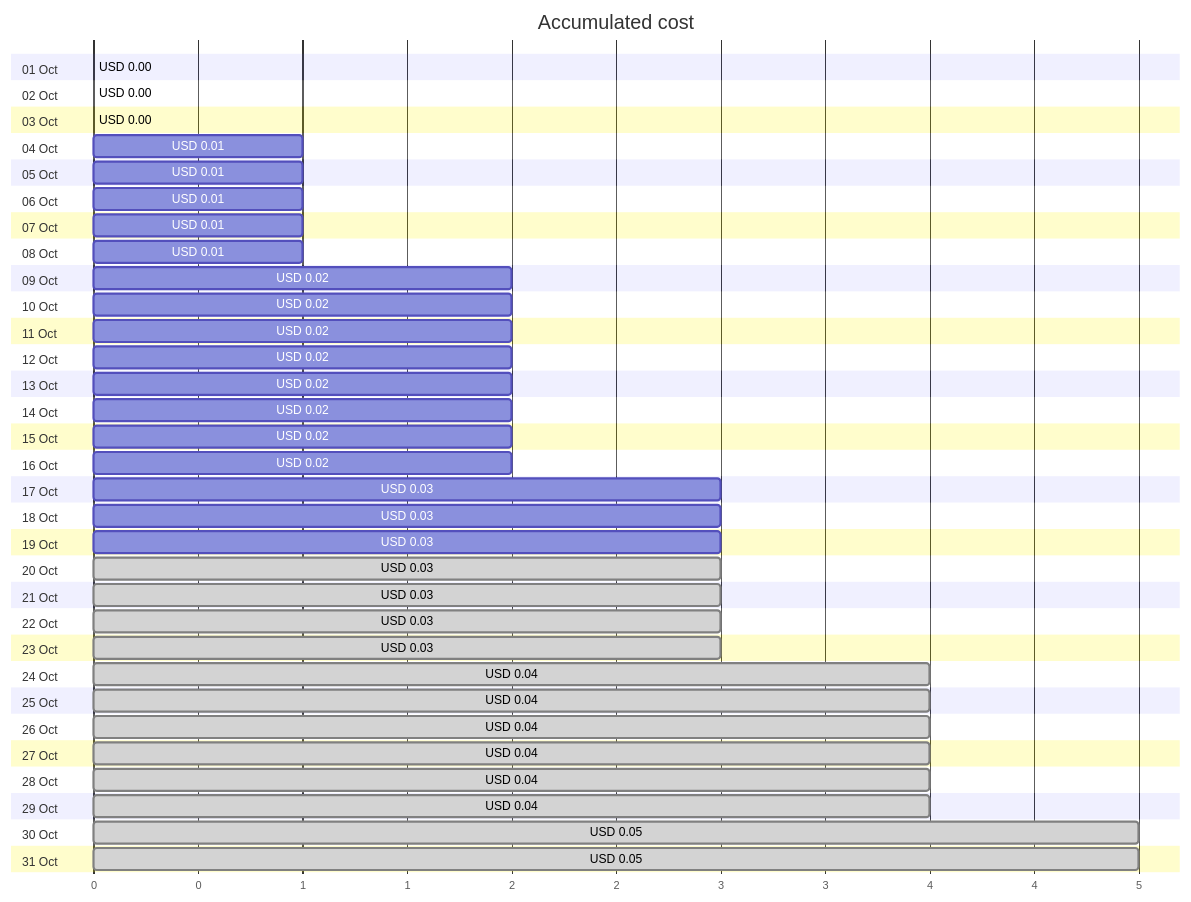
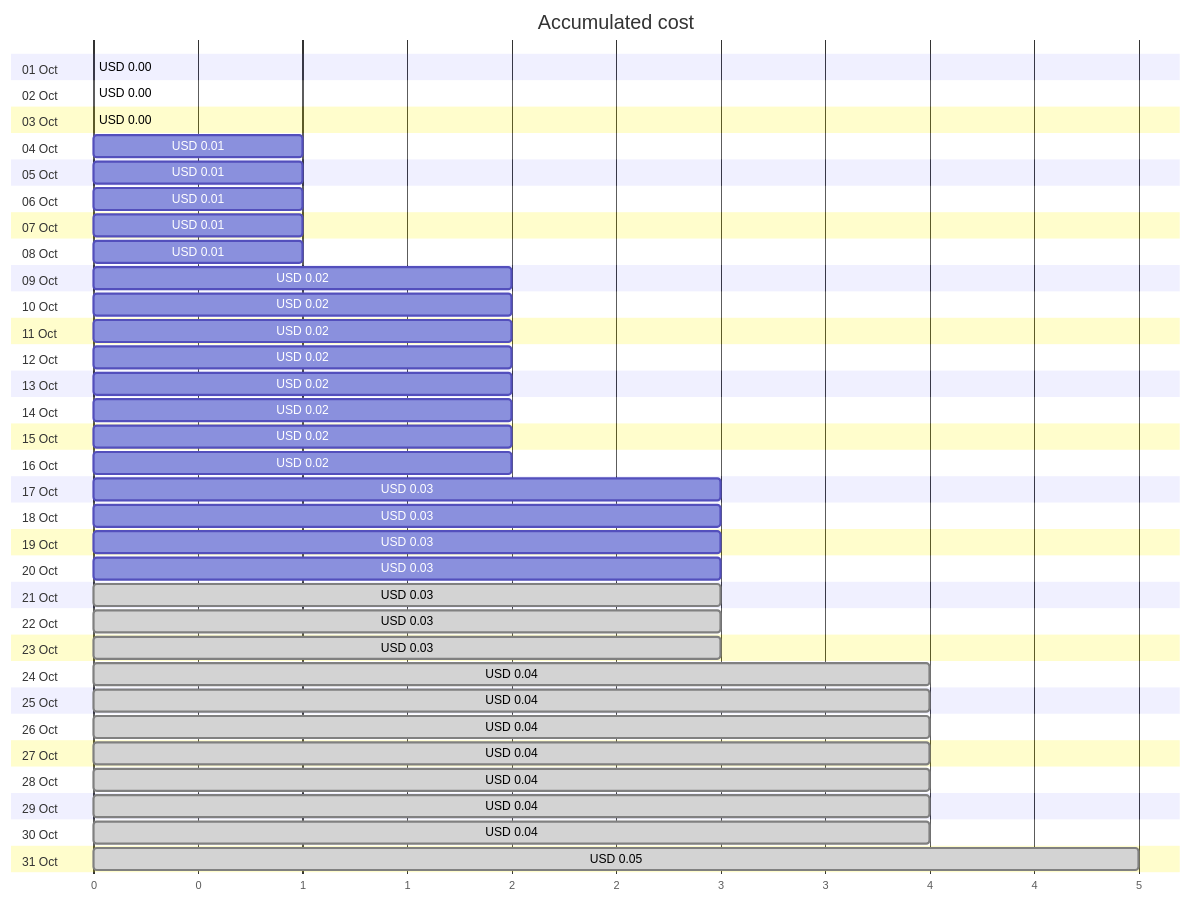
The first of 4 diagrams in cost-reports/personal-site/personalsiteapistorage.md (jpfulton/azure-personal-reports), drawn with Mermaid before and after one commit. The commit also changed other lines of this file and 7 other files, not shown here.

````diff
--- a/cost-reports/personal-site/personalsiteapistorage.md
+++ b/cost-reports/personal-site/personalsiteapistorage.md
@@ -20,68 +20,68 @@
 ```mermaid
 gantt
    title Accumulated cost
    dateFormat  X
    axisFormat %s
    section 01 Oct
    USD 0.00 :0, 0
    section 02 Oct
    USD 0.00 :0, 0
    section 03 Oct
    USD 0.00 :0, 0
    section 04 Oct
    USD 0.01 :0, 1
    section 05 Oct
    USD 0.01 :0, 1
    section 06 Oct
    USD 0.01 :0, 1
    section 07 Oct
    USD 0.01 :0, 1
    section 08 Oct
    USD 0.01 :0, 1
    section 09 Oct
    USD 0.02 :0, 2
    section 10 Oct
    USD 0.02 :0, 2
    section 11 Oct
    USD 0.02 :0, 2
    section 12 Oct
    USD 0.02 :0, 2
    section 13 Oct
    USD 0.02 :0, 2
    section 14 Oct
    USD 0.02 :0, 2
    section 15 Oct
    USD 0.02 :0, 2
    section 16 Oct
    USD 0.02 :0, 2
    section 17 Oct
    USD 0.03 :0, 3
    section 18 Oct
    USD 0.03 :0, 3
    section 19 Oct
    USD 0.03 :0, 3
    section 20 Oct
-   USD 0.03 : done, 0, 3
+   USD 0.03 :0, 3
    section 21 Oct
    USD 0.03 : done, 0, 3
    section 22 Oct
    USD 0.03 : done, 0, 3
    section 23 Oct
    USD 0.03 : done, 0, 3
    section 24 Oct
    USD 0.04 : done, 0, 4
    section 25 Oct
    USD 0.04 : done, 0, 4
    section 26 Oct
    USD 0.04 : done, 0, 4
    section 27 Oct
    USD 0.04 : done, 0, 4
    section 28 Oct
    USD 0.04 : done, 0, 4
    section 29 Oct
    USD 0.04 : done, 0, 4
    section 30 Oct
-   USD 0.05 : done, 0, 5
+   USD 0.04 : done, 0, 4
    section 31 Oct
    USD 0.05 : done, 0, 5
 ```
````
